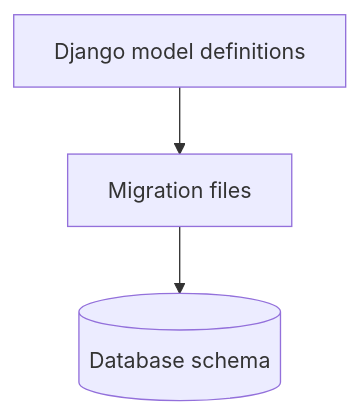
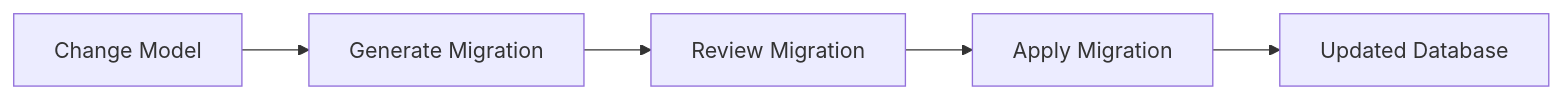
The second of 10 diagrams in src/content/django/migrations.md (AvadhBhalodiya/Interview-Preparation), drawn with Mermaid before and after one commit. The commit also changed other lines of this file and 80 other files, not shown here.

````diff
--- a/src/content/django/migrations.md
+++ b/src/content/django/migrations.md
@@ -52,5 +70,7 @@
 ```mermaid
-flowchart TD
-    A[Django model definitions] --> B[Migration files]
-    B --> C[(Database schema)]
+flowchart LR
+    A["Change Model"] --> B["Generate Migration"]
+    B --> C["Review Migration"]
+    C --> D["Apply Migration"]
+    D --> E["Updated Database"]
 ```
````
